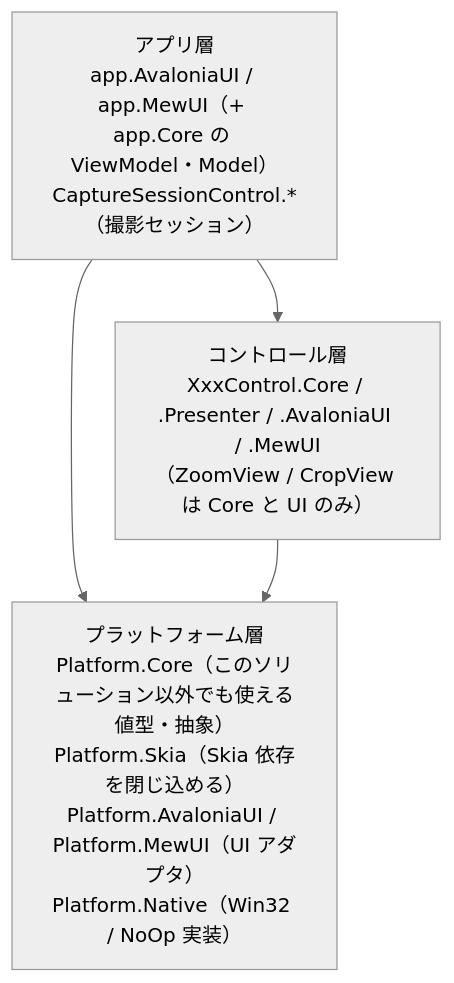
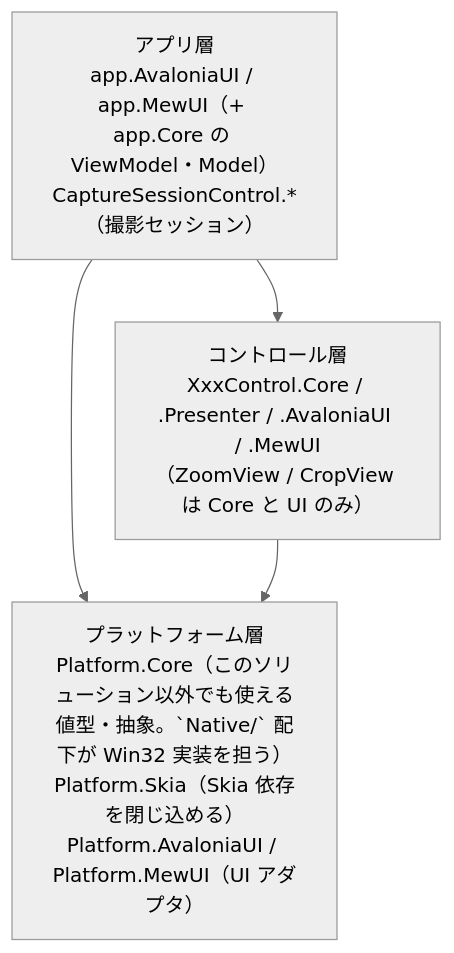
Before and after one commit to tomokuni/SaveEvidence: the first of 2 diagrams in src/README.md, drawn with Mermaid (neutral theme). The commit also changed other lines of this file and 128 other files, not shown here.

First line of the commit message:
Platform.Native を Platform.Core の Native 配下へ統合する

````diff
--- a/src/README.md
+++ b/src/README.md
@@ -8,9 +8,9 @@
 ```mermaid
 flowchart TB
     APP["アプリ層<br/>app.AvaloniaUI / app.MewUI（+ app.Core の ViewModel・Model）<br/>CaptureSessionControl.*（撮影セッション）"]
     CTRL["コントロール層<br/>XxxControl.Core / .Presenter / .AvaloniaUI / .MewUI<br/>（ZoomView / CropView は Core と UI のみ）"]
-    PLAT["プラットフォーム層<br/>Platform.Core（このソリューション以外でも使える値型・抽象）<br/>Platform.Skia（Skia 依存を閉じ込める）<br/>Platform.AvaloniaUI / Platform.MewUI（UI アダプタ）<br/>Platform.Native（Win32 / NoOp 実装）"]
+    PLAT["プラットフォーム層<br/>Platform.Core（このソリューション以外でも使える値型・抽象。`Native/` 配下が Win32 実装を担う）<br/>Platform.Skia（Skia 依存を閉じ込める）<br/>Platform.AvaloniaUI / Platform.MewUI（UI アダプタ）"]
     APP --> CTRL
     APP --> PLAT
     CTRL --> PLAT
 ```
````
